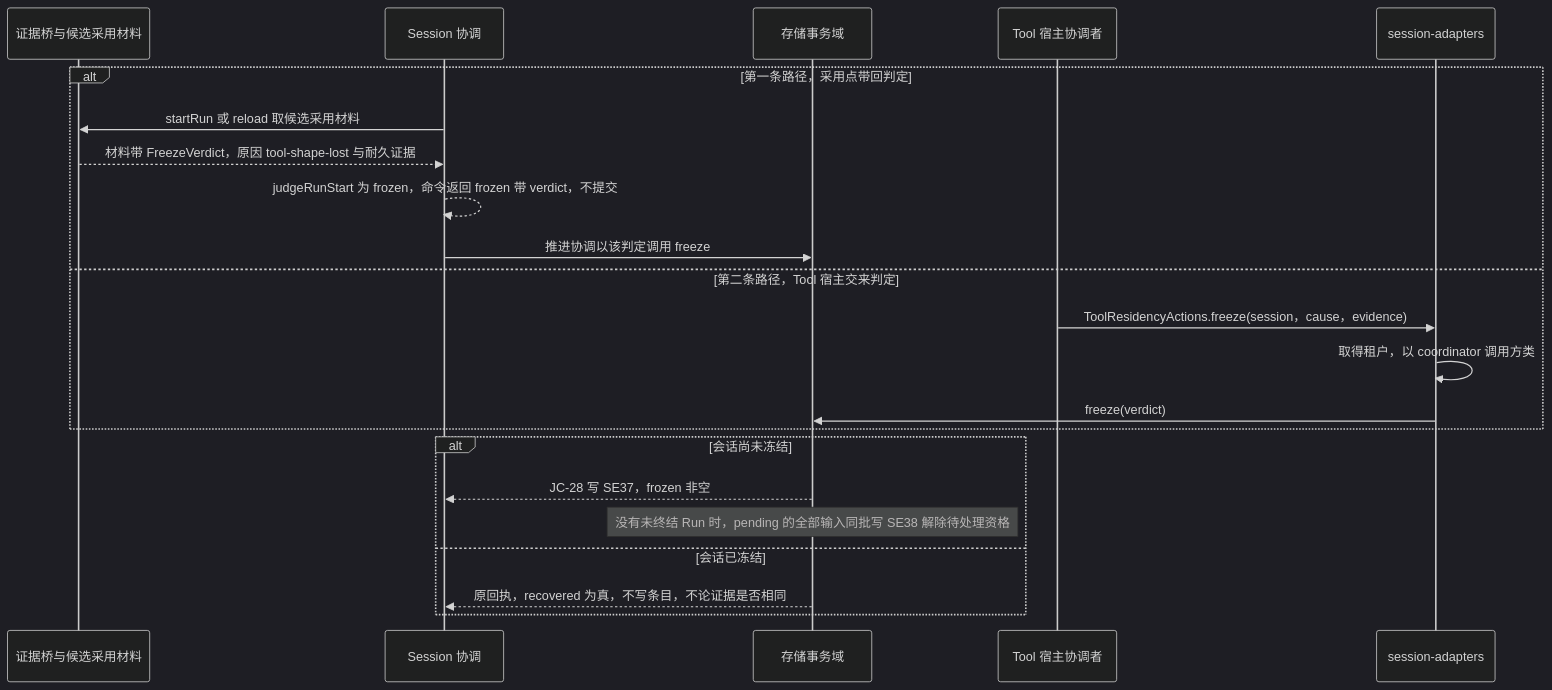
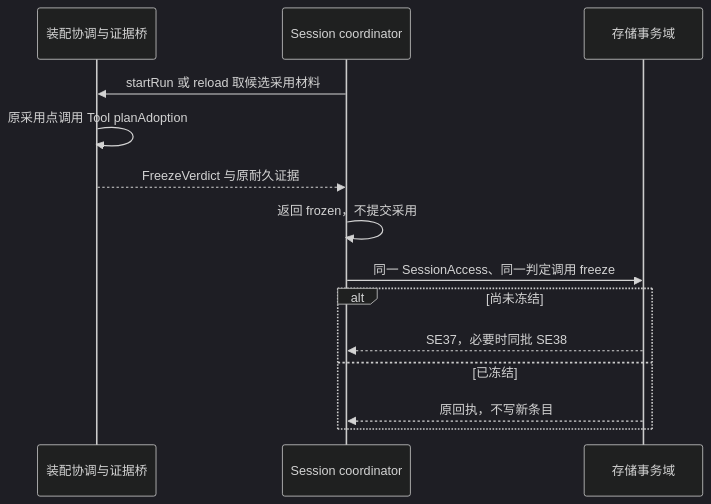
Before and after one commit to nemori-ai/omne-harness-lite: diagram 13 of 15 in packages/session/session-contract/docs/flows/scenarios.md, drawn with Mermaid (dark theme). The commit also changed other lines of this file and 44 other files, not shown here.

````diff
--- a/packages/session/session-contract/docs/flows/scenarios.md
+++ b/packages/session/session-contract/docs/flows/scenarios.md
@@ -728,24 +685,16 @@
 ```mermaid
 sequenceDiagram
-    participant G as 证据桥与候选采用材料
-    participant S as Session 协调
+    participant G as 装配协调与证据桥
+    participant S as Session coordinator
     participant D as 存储事务域
-    participant T as Tool 宿主协调者
-    participant X as session-adapters
-    alt 第一条路径，采用点带回判定
-        S->>G: startRun 或 reload 取候选采用材料
-        G-->>S: 材料带 FreezeVerdict，原因 tool-shape-lost 与耐久证据
-        S-->>S: judgeRunStart 为 frozen，命令返回 frozen 带 verdict，不提交
-        S->>D: 推进协调以该判定调用 freeze
-    else 第二条路径，Tool 宿主交来判定
-        T->>X: ToolResidencyActions.freeze(session，cause，evidence)
-        X->>X: 取得租户，以 coordinator 调用方类
-        X->>D: freeze(verdict)
-    end
-    alt 会话尚未冻结
-        D-->>S: JC-28 写 SE37，frozen 非空
-        Note over D: 没有未终结 Run 时，pending 的全部输入同批写 SE38 解除待处理资格
-    else 会话已冻结
-        D-->>S: 原回执，recovered 为真，不写条目，不论证据是否相同
+    S->>G: startRun 或 reload 取候选采用材料
+    G->>G: 原采用点调用 Tool planAdoption
+    G-->>S: FreezeVerdict 与原耐久证据
+    S->>S: 返回 frozen，不提交采用
+    S->>D: 同一 SessionAccess、同一判定调用 freeze
+    alt 尚未冻结
+        D-->>S: SE37，必要时同批 SE38
+    else 已冻结
+        D-->>S: 原回执，不写新条目
     end
 ```
````
